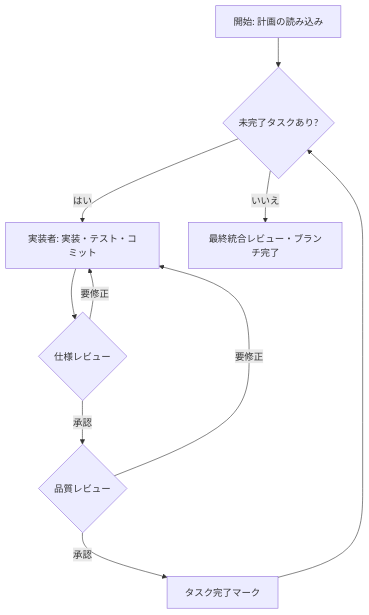
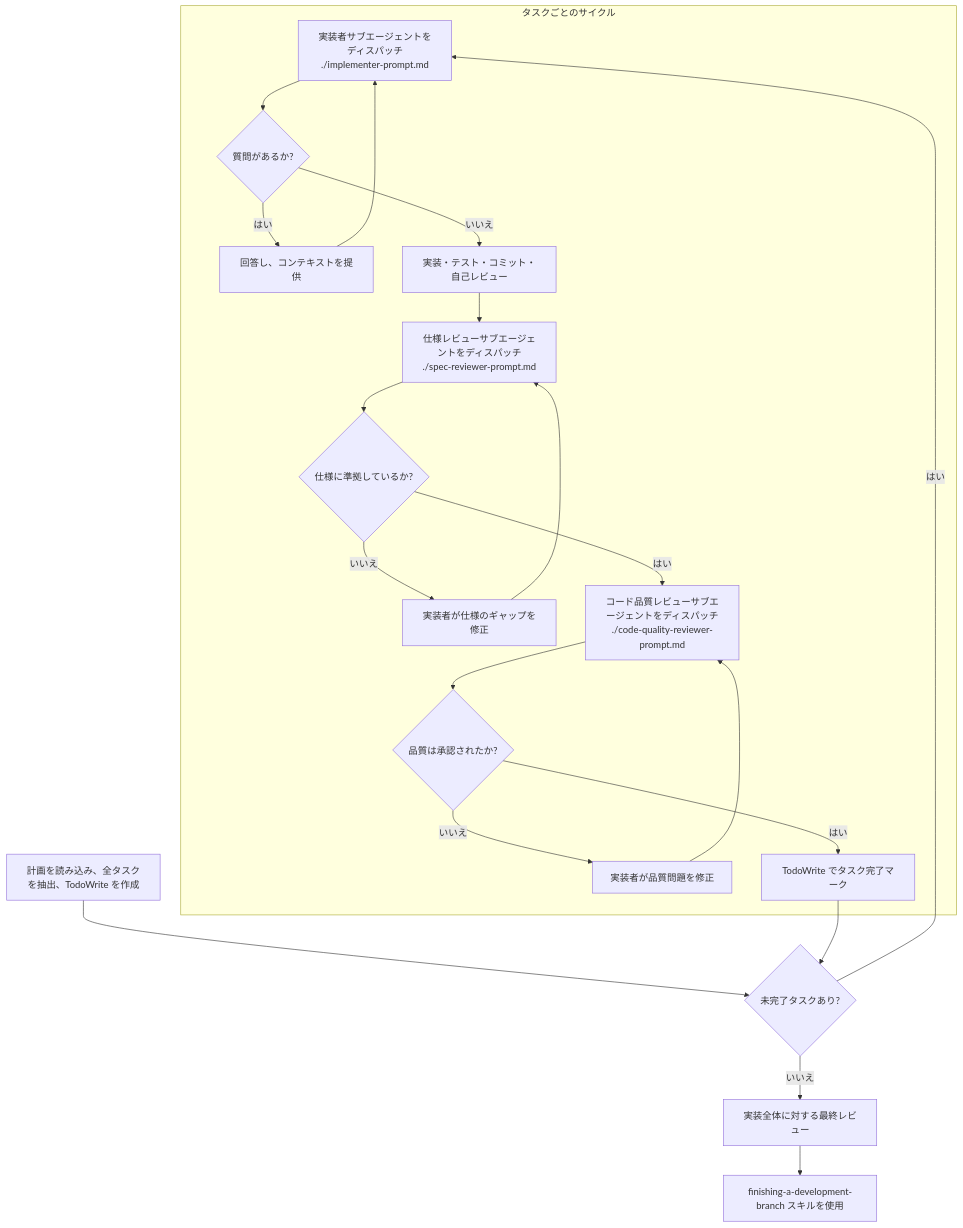
Before and after one commit to oki2a24/superpowerssuperpowers: the second of 2 diagrams in skills/subagent-driven-development/SKILL.md, drawn with Mermaid. The commit also changed other lines of this file and 3 other files, not shown here.

````diff
--- a/skills/subagent-driven-development/SKILL.md
+++ b/skills/subagent-driven-development/SKILL.md
@@ -35,12 +34,24 @@
 ```mermaid
 graph TD
-    START[開始: 計画の読み込み] --> NEXT_TASK{未完了タスクあり?}
-    NEXT_TASK -->|はい| IMP[実装者: 実装・テスト・コミット]
-    IMP --> SPEC{仕様レビュー}
-    SPEC -->|要修正| IMP
-    SPEC -->|承認| QUAL{品質レビュー}
-    QUAL -->|要修正| IMP
-    QUAL -->|承認| DONE[タスク完了マーク]
-    DONE --> NEXT_TASK
-    NEXT_TASK -->|いいえ| FINAL[最終統合レビュー・ブランチ完了]
+    subgraph per_task [タスクごとのサイクル]
+        IMP[実装者サブエージェントをディスパッチ<br/>./implementer-prompt.md] --> Q{質問があるか?}
+        Q -->|はい| ANS[回答し、コンテキストを提供]
+        ANS --> IMP
+        Q -->|いいえ| EXEC[実装・テスト・コミット・自己レビュー]
+        EXEC --> SPEC_REV[仕様レビューサブエージェントをディスパッチ<br/>./spec-reviewer-prompt.md]
+        SPEC_REV --> SPEC_OK{仕様に準拠しているか?}
+        SPEC_OK -->|いいえ| FIX_SPEC[実装者が仕様のギャップを修正]
+        FIX_SPEC --> SPEC_REV
+        SPEC_OK -->|はい| QUAL_REV[コード品質レビューサブエージェントをディスパッチ<br/>./code-quality-reviewer-prompt.md]
+        QUAL_REV --> QUAL_OK{品質は承認されたか?}
+        QUAL_OK -->|いいえ| FIX_QUAL[実装者が品質問題を修正]
+        FIX_QUAL --> QUAL_REV
+        QUAL_OK -->|はい| DONE_TASK[TodoWrite でタスク完了マーク]
+    end
+
+    START[計画を読み込み、全タスクを抽出、TodoWrite を作成] --> NEXT{未完了タスクあり?}
+    NEXT -->|はい| IMP
+    DONE_TASK --> NEXT
+    NEXT -->|いいえ| FINAL[実装全体に対する最終レビュー]
+    FINAL --> FINISH[finishing-a-development-branch スキルを使用]
 ```
````
